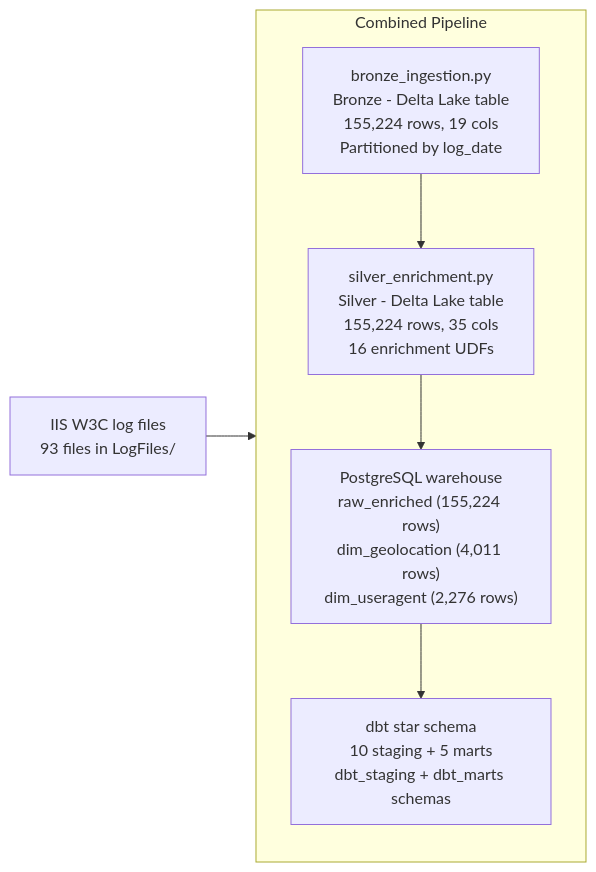
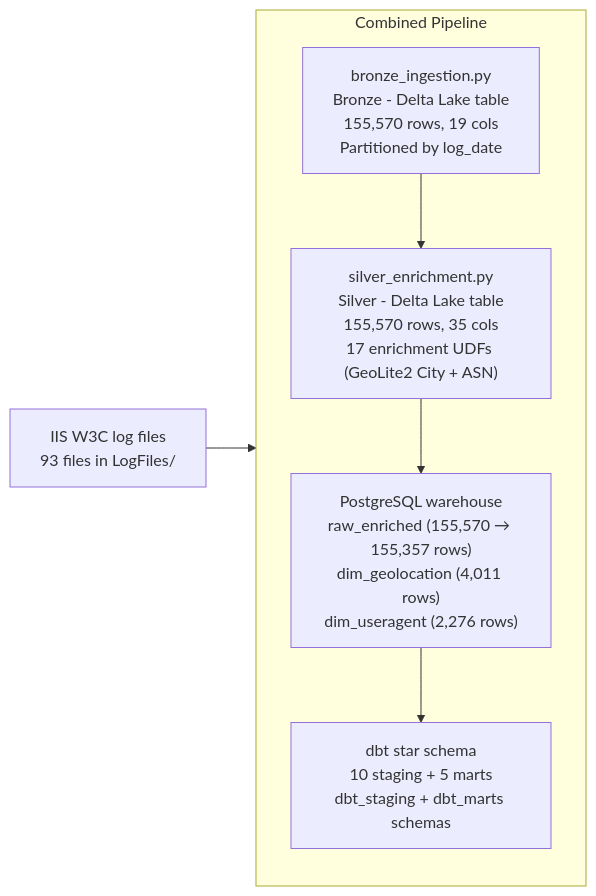
One commit to AhmedIkram05/w3c-etl-pipeline changed the third of 14 diagrams in README.md. Above: the diagram before and after it, drawn with Mermaid. The commit also changed other lines of this file, not shown here.

````diff
--- a/README.md
+++ b/README.md
@@ -142,15 +166,15 @@
 ```mermaid
 flowchart LR
     source["IIS W3C log files<br/>93 files in LogFiles/"]
 
     subgraph combined["Combined Pipeline"]
         direction TB
-        bronze["bronze_ingestion.py<br/>Bronze - Delta Lake table<br/>155,224 rows, 19 cols<br/>Partitioned by log_date"]
-        silver["silver_enrichment.py<br/>Silver - Delta Lake table<br/>155,224 rows, 35 cols<br/>16 enrichment UDFs"]
-        pg["PostgreSQL warehouse<br/>raw_enriched (155,224 rows)<br/>dim_geolocation (4,011 rows)<br/>dim_useragent (2,276 rows)"]
+        bronze["bronze_ingestion.py<br/>Bronze - Delta Lake table<br/>155,570 rows, 19 cols<br/>Partitioned by log_date"]
+        silver["silver_enrichment.py<br/>Silver - Delta Lake table<br/>155,570 rows, 35 cols<br/>17 enrichment UDFs (GeoLite2 City + ASN)"]
+        pg["PostgreSQL warehouse<br/>raw_enriched (155,570 → 155,357 rows)<br/>dim_geolocation (4,011 rows)<br/>dim_useragent (2,276 rows)"]
         dbt_layer["dbt star schema<br/>10 staging + 5 marts<br/>dbt_staging + dbt_marts schemas"]
         bronze --> silver --> pg --> dbt_layer
     end
 
     source --> bronze
 ```
````
